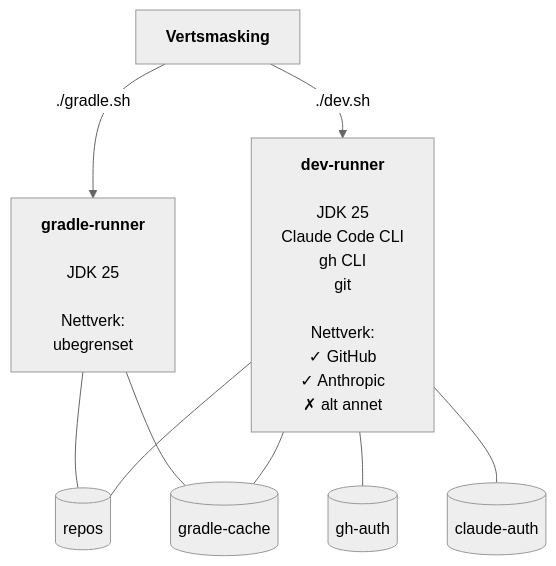
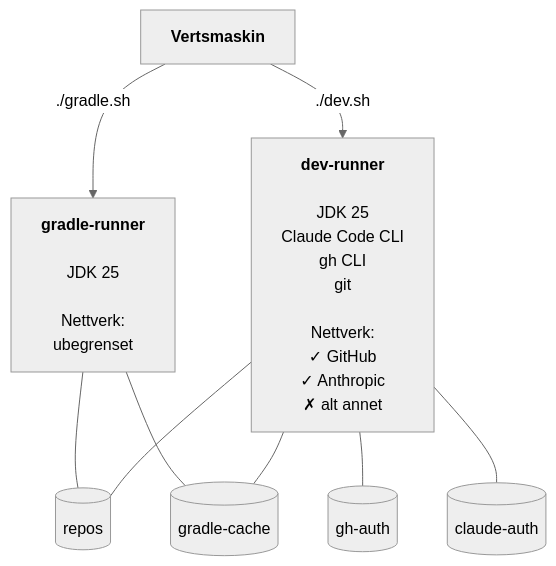
The diagram in alpine25-gradle-claude/README.md (bekk/agentic-ai-tools), drawn with Mermaid (neutral theme) before and after one commit.

Commit message:
Fix typo in README.md for host description

````diff
--- a/alpine25-gradle-claude/README.md
+++ b/alpine25-gradle-claude/README.md
@@ -77,14 +77,14 @@
 ```mermaid
 graph TD
-    host["<b>Vertsmasking</b>"]
+    host["<b>Vertsmaskin</b>"]
 
     host -->|"./dev.sh"| dev["<b>dev-runner</b><br/><br/>JDK 25<br/>Claude Code CLI<br/>gh CLI<br/>git<br/><br/>Nettverk:<br/>✓ GitHub<br/>✓ Anthropic<br/>✗ alt annet"]
     host -->|"./gradle.sh"| gradle["<b>gradle-runner</b><br/><br/>JDK 25<br/><br/>Nettverk:<br/>ubegrenset"]
 
     gradle --- repos
     gradle --- gcache
     dev --- repos[("repos")]
     dev --- gcache[("gradle-cache")]
     dev --- ghauth[("gh-auth")]
     dev --- clauth[("claude-auth")]
 ```
````
